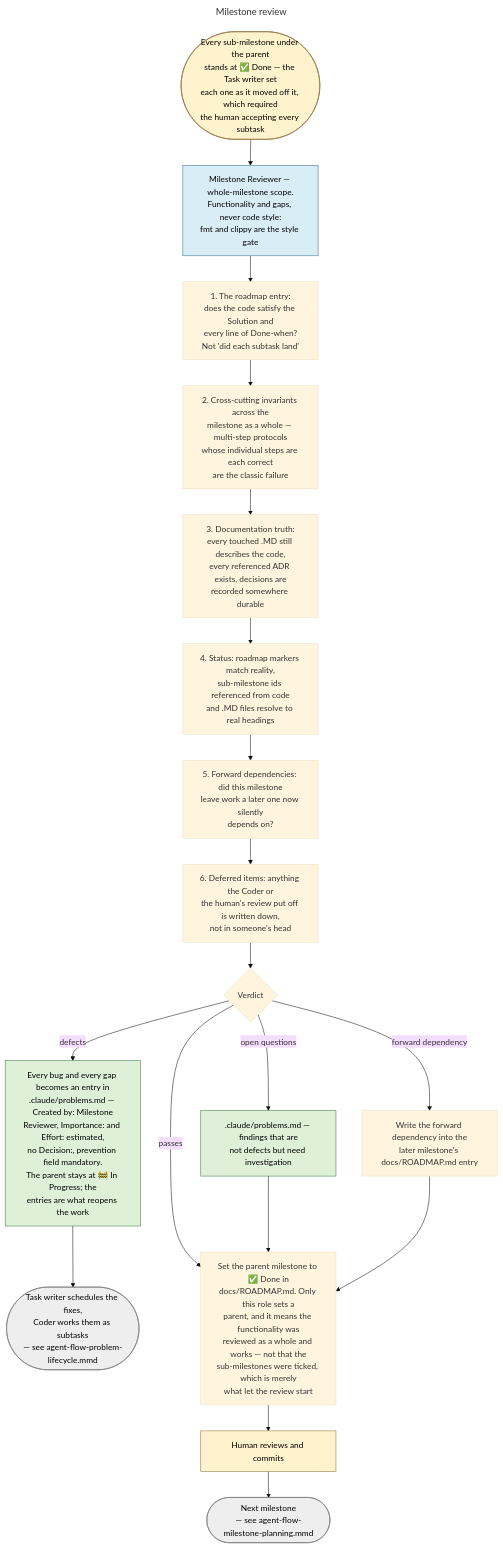
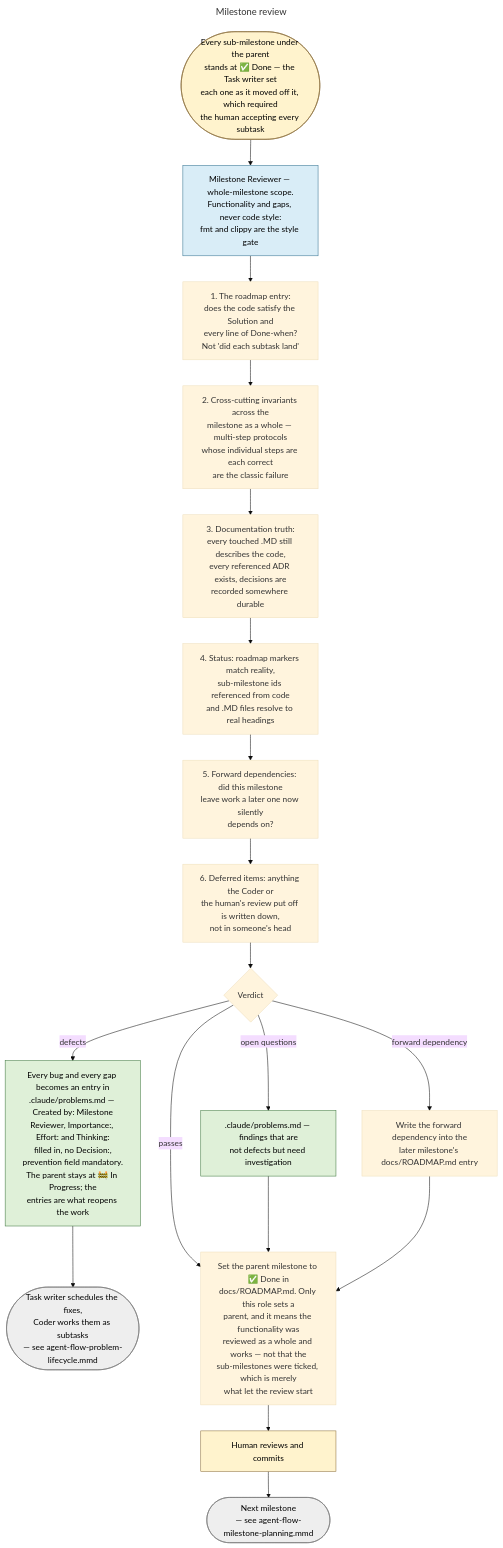
The diagram in docs/diagrams/agent-flow-milestone-review.mmd (Dmitriy-G/simple_rdbms), drawn with Mermaid (base theme) before and after one commit. The commit also changed 7 other files, not shown here.

Commit message:
Change agents flow

```diff
--- a/docs/diagrams/agent-flow-milestone-review.mmd
+++ b/docs/diagrams/agent-flow-milestone-review.mmd
@@ -1,36 +1,36 @@
 ---
 title: Milestone review
 ---
 flowchart TD
     classDef human fill:#fff3cd,stroke:#8a6d3b,color:#000
     classDef role fill:#d9edf7,stroke:#31708f,color:#000
     classDef channel fill:#dff0d8,stroke:#3c763d,color:#000
     classDef stop fill:#eeeeee,stroke:#777,color:#000
 
     START(["Every sub-milestone under the parent<br/>stands at ✅ Done — the Task writer set<br/>each one as it moved off it, which required<br/>the human accepting every subtask"]):::human
     MR["Milestone Reviewer — whole-milestone scope.<br/>Functionality and gaps, never code style:<br/>fmt and clippy are the style gate"]:::role
 
     C1["1. The roadmap entry:<br/>does the code satisfy the Solution and<br/>every line of Done-when?<br/>Not 'did each subtask land'"]
     C2["2. Cross-cutting invariants across the<br/>milestone as a whole — multi-step protocols<br/>whose individual steps are each correct<br/>are the classic failure"]
     C3["3. Documentation truth:<br/>every touched .MD still describes the code,<br/>every referenced ADR exists, decisions are<br/>recorded somewhere durable"]
     C4["4. Status: roadmap markers match reality,<br/>sub-milestone ids referenced from code<br/>and .MD files resolve to real headings"]
     C5["5. Forward dependencies: did this milestone<br/>leave work a later one now silently<br/>depends on?"]
     C6["6. Deferred items: anything the Coder or<br/>the human's review put off is written down,<br/>not in someone's head"]
 
     VERDICT{"Verdict"}
-    BUGS["Every bug and every gap becomes an entry in<br/>.claude/problems.md — Created by: Milestone<br/>Reviewer, Importance: and Effort: estimated,<br/>no Decision:, prevention field mandatory.<br/>The parent stays at 🚧 In Progress; the<br/>entries are what reopens the work"]:::channel
+    BUGS["Every bug and every gap becomes an entry in<br/>.claude/problems.md — Created by: Milestone<br/>Reviewer, Importance:, Effort: and Thinking:<br/>filled in, no Decision:,<br/>prevention field mandatory.<br/>The parent stays at 🚧 In Progress; the<br/>entries are what reopens the work"]:::channel
     PROB[".claude/problems.md — findings that are<br/>not defects but need investigation"]:::channel
     FWD["Write the forward dependency into the<br/>later milestone's docs/ROADMAP.md entry"]
 
     LOOP(["Task writer schedules the fixes,<br/>Coder works them as subtasks<br/>— see agent-flow-problem-lifecycle.mmd"]):::stop
     DONE["Set the parent milestone to ✅ Done in<br/>docs/ROADMAP.md. Only this role sets a<br/>parent, and it means the functionality was<br/>reviewed as a whole and works — not that the<br/>sub-milestones were ticked, which is merely<br/>what let the review start"]
     HUMAN["Human reviews and commits"]:::human
     NEXT(["Next milestone<br/>— see agent-flow-milestone-planning.mmd"]):::stop
 
     START --> MR --> C1 --> C2 --> C3 --> C4 --> C5 --> C6 --> VERDICT
     VERDICT -- "defects" --> BUGS --> LOOP
     VERDICT -- "open questions" --> PROB
     VERDICT -- "forward dependency" --> FWD
     VERDICT -- "passes" --> DONE --> HUMAN --> NEXT
     PROB --> DONE
     FWD --> DONE
```
